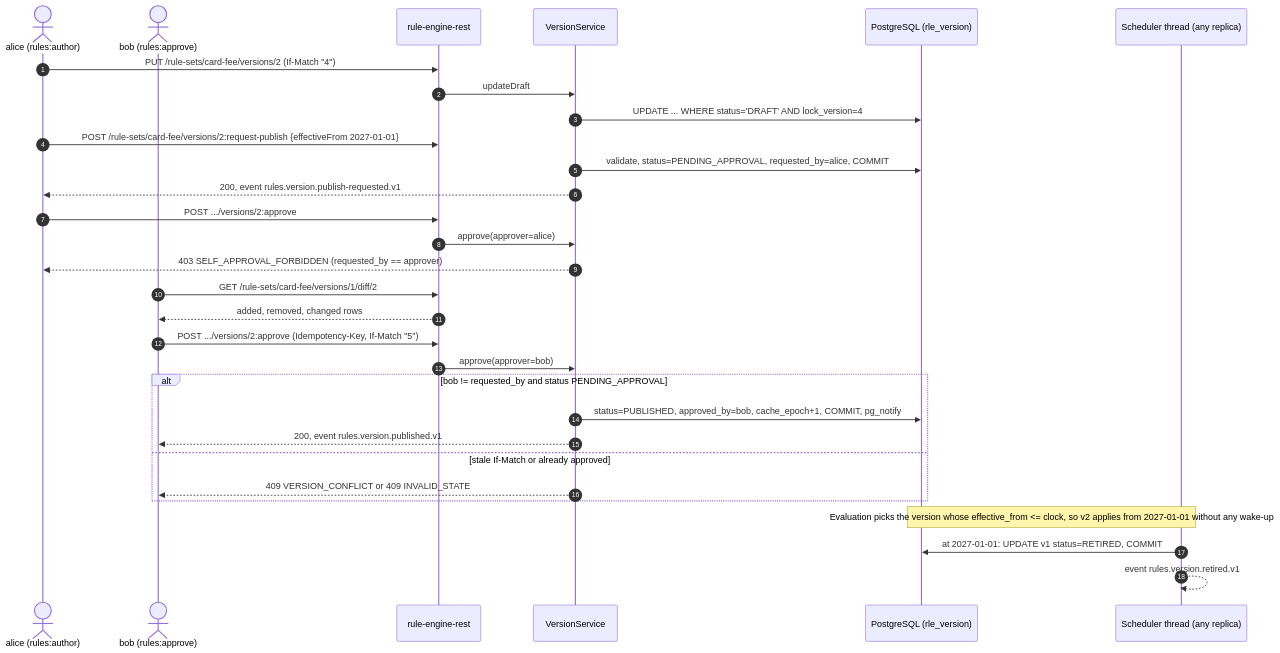
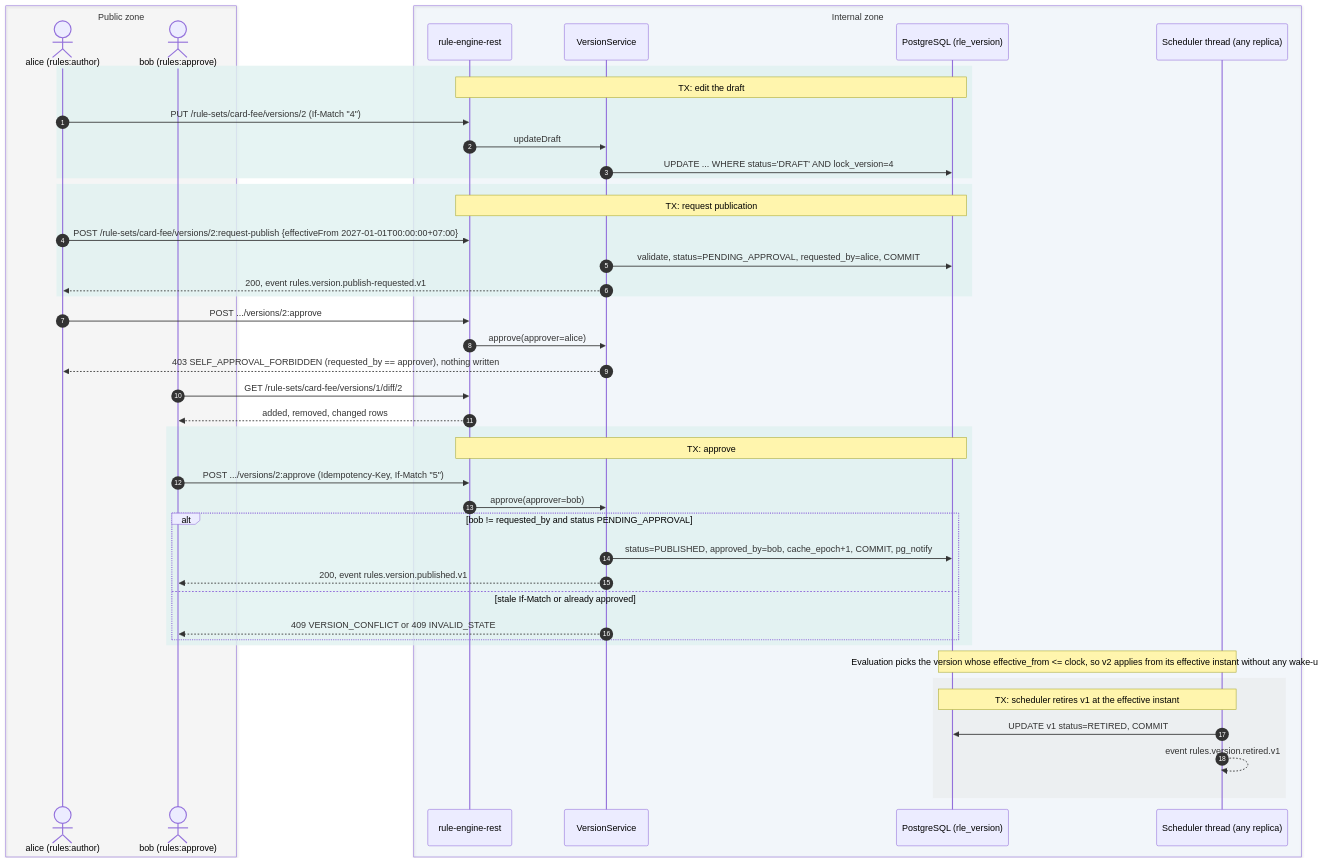
One commit to dhluong90/horus-Agentic-BPM changed the diagram in wiki/diagrams/publish-sequence.mmd. Above: the diagram before and after it, drawn with Mermaid. The commit also changed 99 other files, not shown here.

First line of the commit message:
docs(wiki): shared diagram palette, 4-zone views, cockpit diagrams and evaluator pages

```diff
--- a/wiki/diagrams/publish-sequence.mmd
+++ b/wiki/diagrams/publish-sequence.mmd
@@ -1,34 +1,50 @@
 sequenceDiagram
   autonumber
-  actor Alice as alice (rules:author)
-  actor Bob as bob (rules:approve)
-  participant API as rule-engine-rest
-  participant SVC as VersionService
-  participant DB as PostgreSQL (rle_version)
-  participant SCH as Scheduler thread (any replica)
+  box rgba(158,158,158,0.06) Public zone
+    actor Alice as alice (rules:author)
+    actor Bob as bob (rules:approve)
+  end
+  box rgba(21,101,192,0.04) Internal zone
+    participant API as rule-engine-rest
+    participant SVC as VersionService
+    participant DB as PostgreSQL (rle_version)
+    participant SCH as Scheduler thread (any replica)
+  end
 
-  Alice->>API: PUT /rule-sets/card-fee/versions/2 (If-Match "4")
-  API->>SVC: updateDraft
-  SVC->>DB: UPDATE ... WHERE status='DRAFT' AND lock_version=4
-  Alice->>API: POST /rule-sets/card-fee/versions/2:request-publish {effectiveFrom 2027-01-01}
-  SVC->>DB: validate, status=PENDING_APPROVAL, requested_by=alice, COMMIT
-  SVC-->>Alice: 200, event rules.version.publish-requested.v1
+  rect rgba(224,242,241,0.8)
+    Note over API,DB: TX: edit the draft
+    Alice->>API: PUT /rule-sets/card-fee/versions/2 (If-Match "4")
+    API->>SVC: updateDraft
+    SVC->>DB: UPDATE ... WHERE status='DRAFT' AND lock_version=4
+  end
+  rect rgba(224,242,241,0.8)
+    Note over API,DB: TX: request publication
+    Alice->>API: POST /rule-sets/card-fee/versions/2:request-publish {effectiveFrom 2027-01-01T00:00:00+07:00}
+    SVC->>DB: validate, status=PENDING_APPROVAL, requested_by=alice, COMMIT
+    SVC-->>Alice: 200, event rules.version.publish-requested.v1
+  end
 
   Alice->>API: POST .../versions/2:approve
   API->>SVC: approve(approver=alice)
-  SVC-->>Alice: 403 SELF_APPROVAL_FORBIDDEN (requested_by == approver)
+  SVC-->>Alice: 403 SELF_APPROVAL_FORBIDDEN (requested_by == approver), nothing written
 
   Bob->>API: GET /rule-sets/card-fee/versions/1/diff/2
   API-->>Bob: added, removed, changed rows
-  Bob->>API: POST .../versions/2:approve (Idempotency-Key, If-Match "5")
-  API->>SVC: approve(approver=bob)
-  alt bob != requested_by and status PENDING_APPROVAL
-    SVC->>DB: status=PUBLISHED, approved_by=bob, cache_epoch+1, COMMIT, pg_notify
-    SVC-->>Bob: 200, event rules.version.published.v1
-  else stale If-Match or already approved
-    SVC-->>Bob: 409 VERSION_CONFLICT or 409 INVALID_STATE
+  rect rgba(224,242,241,0.8)
+    Note over API,DB: TX: approve
+    Bob->>API: POST .../versions/2:approve (Idempotency-Key, If-Match "5")
+    API->>SVC: approve(approver=bob)
+    alt bob != requested_by and status PENDING_APPROVAL
+      SVC->>DB: status=PUBLISHED, approved_by=bob, cache_epoch+1, COMMIT, pg_notify
+      SVC-->>Bob: 200, event rules.version.published.v1
+    else stale If-Match or already approved
+      SVC-->>Bob: 409 VERSION_CONFLICT or 409 INVALID_STATE
+    end
   end
 
-  Note over DB,SCH: Evaluation picks the version whose effective_from <= clock, so v2 applies from 2027-01-01 without any wake-up
-  SCH->>DB: at 2027-01-01: UPDATE v1 status=RETIRED, COMMIT
-  SCH-->>SCH: event rules.version.retired.v1
+  Note over DB,SCH: Evaluation picks the version whose effective_from <= clock, so v2 applies from its effective instant without any wake-up
+  rect rgba(236,239,241,0.9)
+    Note over DB,SCH: TX: scheduler retires v1 at the effective instant
+    SCH->>DB: UPDATE v1 status=RETIRED, COMMIT
+    SCH-->>SCH: event rules.version.retired.v1
+  end
```
